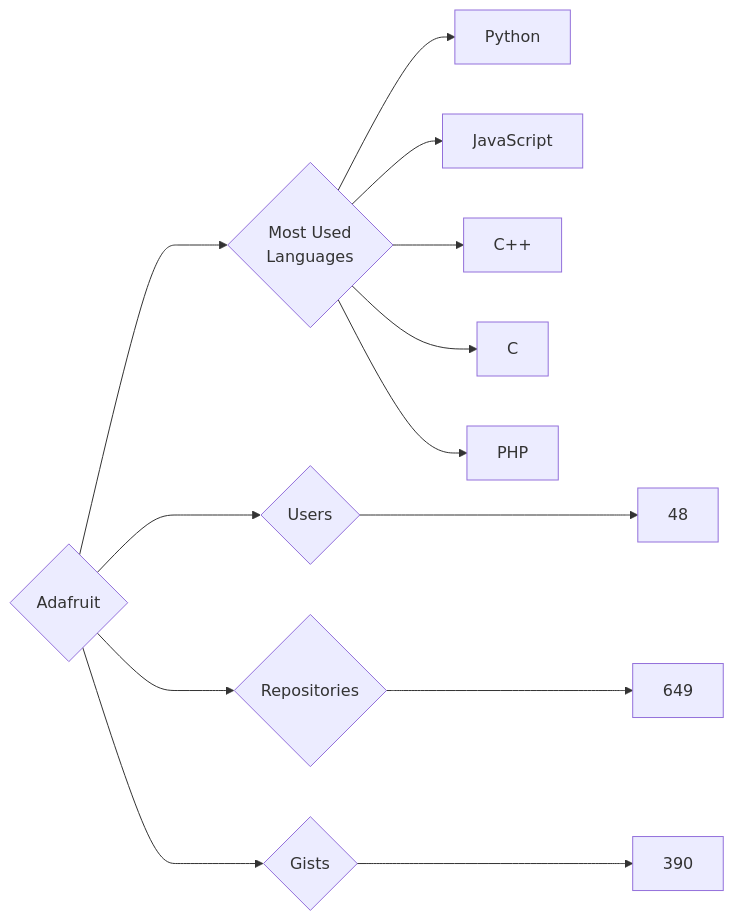
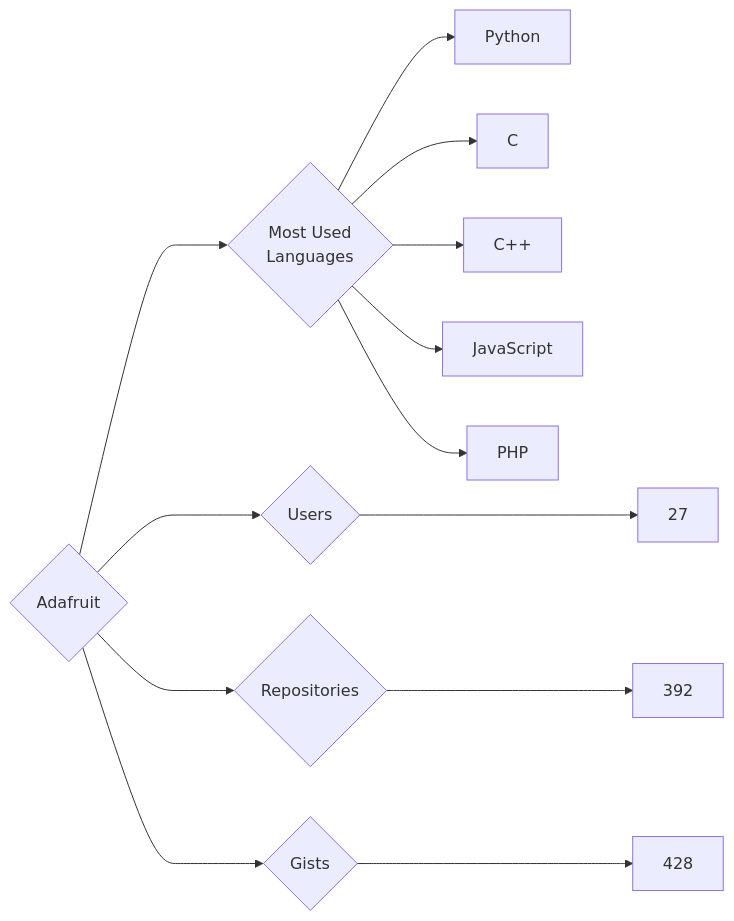
One commit to trickest/insiders changed the diagram in targets/Adafruit/README.md. Above: the diagram before and after it, drawn with Mermaid. The commit also changed 1195 other files, not shown here.

````diff
--- a/targets/Adafruit/README.md
+++ b/targets/Adafruit/README.md
@@ -3,13 +3,13 @@
 ```mermaid
 graph LR
 COMPANY_NAME{Adafruit}
-COMPANY_NAME ---> U{Users} ---> UN[48]
-COMPANY_NAME ---> R{Repositories} ---> RN[649]
-COMPANY_NAME ---> G{Gists} ---> GN[390]
+COMPANY_NAME ---> U{Users} ---> UN[27]
+COMPANY_NAME ---> R{Repositories} ---> RN[392]
+COMPANY_NAME ---> G{Gists} ---> GN[428]
 COMPANY_NAME ---> ML{Most Used<br>Languages}
 ML --> Python[Python]
+ML --> C[C]
+ML --> C++[C++]
 ML --> JavaScript[JavaScript]
-ML --> C++[C++]
-ML --> C[C]
 ML --> PHP[PHP]
 ```
````
